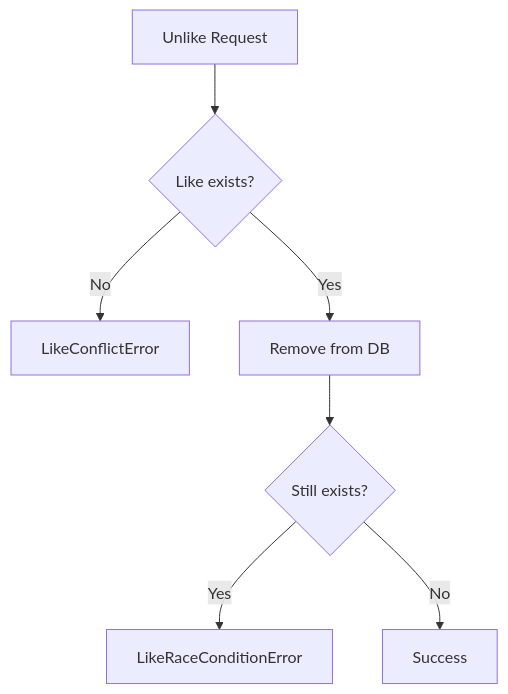
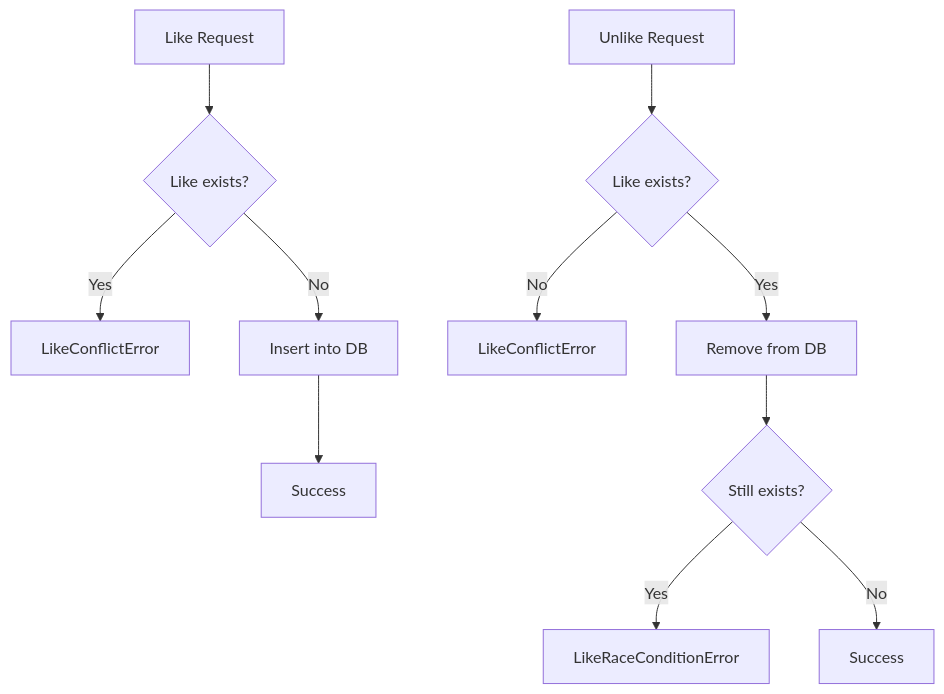
The fourth of 5 diagrams in docs/developer/concepts/06-like.md (AtomiCloud/sulfone.zinc), drawn with Mermaid before and after one commit. The commit also changed other lines of this file and 31 other files, not shown here.

````diff
--- a/docs/developer/concepts/06-like.md
+++ b/docs/developer/concepts/06-like.md
@@ -112,9 +111,14 @@
 ```mermaid
 flowchart TB
-    Start[Unlike Request] --> CheckExists{Like exists?}
+    LikeReq[Like Request] --> CheckLikeExists{Like exists?}
+    CheckLikeExists -->|Yes| LikeConflict[LikeConflictError]
+    CheckLikeExists -->|No| AddLike[Insert into DB]
+    AddLike --> LikeSuccess[Success]
+
+    UnlikeReq[Unlike Request] --> CheckExists{Like exists?}
     CheckExists -->|No| Conflict[LikeConflictError]
     CheckExists -->|Yes| RemoveLike[Remove from DB]
     RemoveLike --> CheckRemoved{Still exists?}
     CheckRemoved -->|Yes| Race[LikeRaceConditionError]
     CheckRemoved -->|No| Success[Success]
 ```
````
